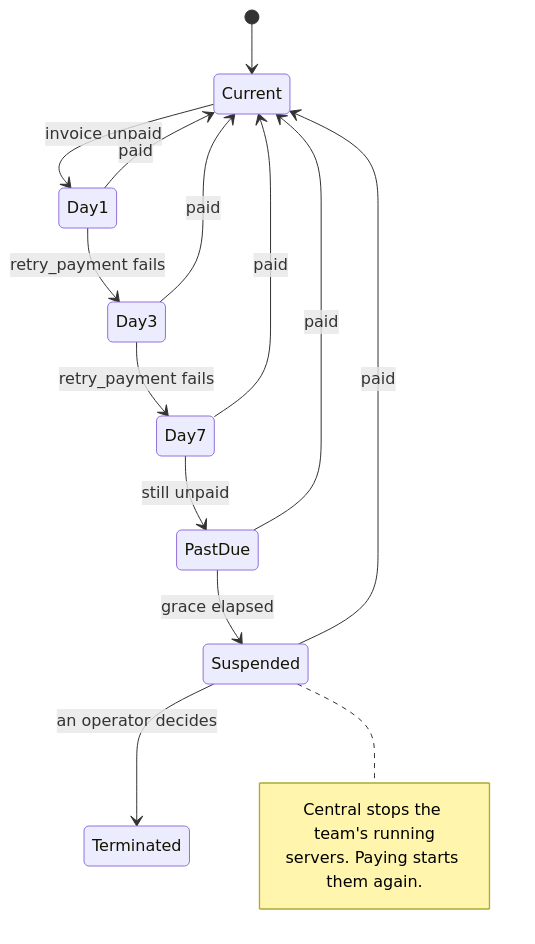
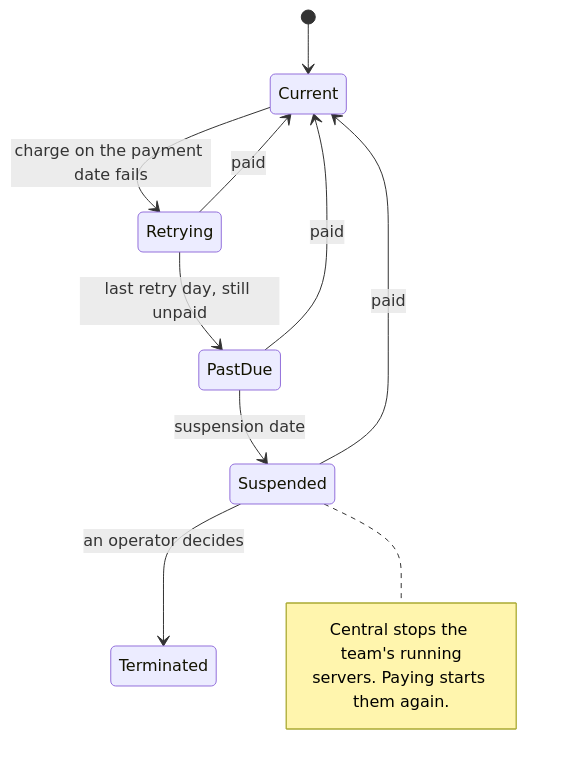
Before and after one commit to frappe/central: the seventh of 8 diagrams in central/billing/ARCHITECTURE.md, drawn with Mermaid. The commit also changed other lines of this file and 23 other files, not shown here.

First line of the commit message:
feat(billing): count the dunning ladder from the payment date

````diff
--- a/central/billing/ARCHITECTURE.md
+++ b/central/billing/ARCHITECTURE.md
@@ -582,19 +575,15 @@
 ```mermaid
 stateDiagram-v2
     [*] --> Current
-    Current --> Day1: invoice unpaid
-    Day1 --> Day3: retry_payment fails
-    Day3 --> Day7: retry_payment fails
-    Day7 --> PastDue: still unpaid
-    PastDue --> Suspended: grace elapsed
+    Current --> Retrying: charge on the payment date fails
+    Retrying --> PastDue: last retry day, still unpaid
+    PastDue --> Suspended: suspension date
     Suspended --> Current: paid
     Suspended --> Terminated: an operator decides
-    Day1 --> Current: paid
-    Day3 --> Current: paid
-    Day7 --> Current: paid
+    Retrying --> Current: paid
     PastDue --> Current: paid
     note right of Suspended
         Central stops the team's running
         servers. Paying starts them again.
     end note
 ```
````
